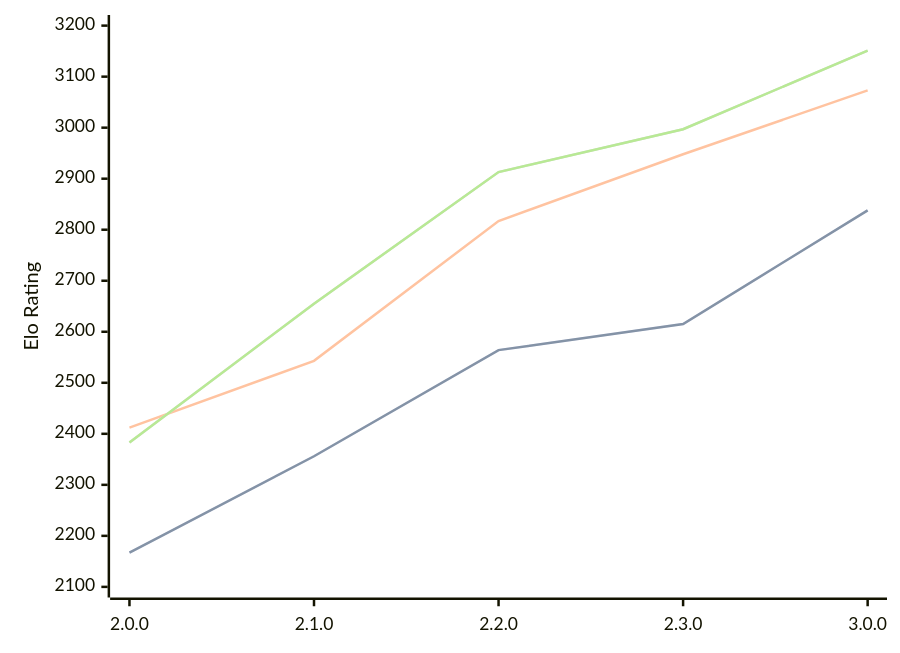
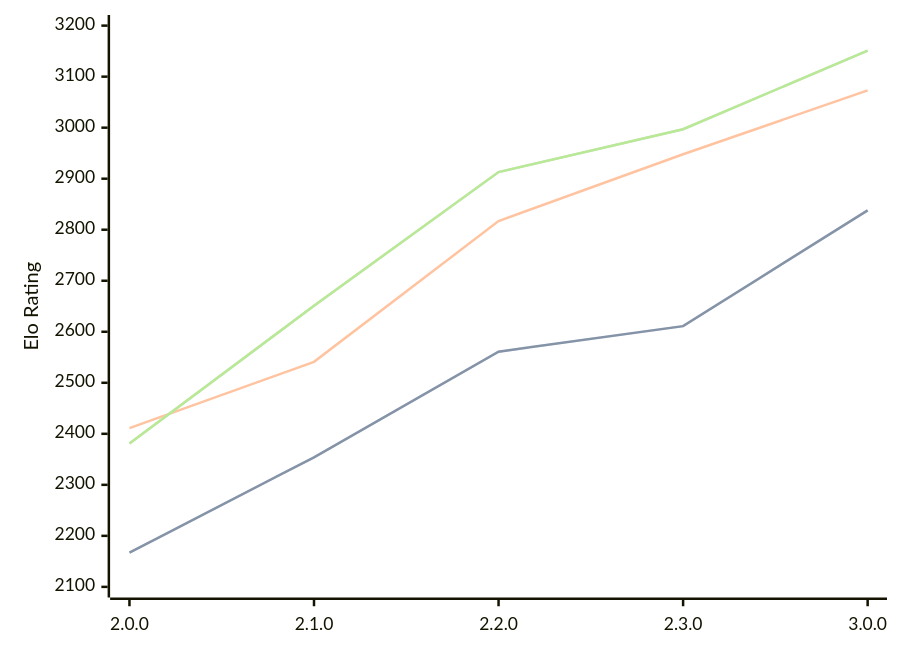
The diagram in engines/Raphael.md (computer-chess-index/cci), drawn with Mermaid before and after one commit. The commit also changed other lines of this file, not shown here.

Commit message:
Update CCI Ratings (ELO VLTC) - 2026-02-18

````diff
--- a/engines/Raphael.md
+++ b/engines/Raphael.md
@@ -44,11 +44,11 @@
 ```mermaid
 %%{init: {"theme":"base","themeVariables":{"seriesColors:['#a3a3a3','#222221','#faa371']}}}%%
 xychart-beta
   x-axis ["2.0.0", "2.1.0", "2.2.0", "2.3.0", "3.0.0"]
   y-axis "Elo Rating" 2100 --> 3200
-  line "STC (8.0+0.08s)" [2167, 2356, 2564, 2615, 2838]
-  line "STC (8.0+0.08s)" [2167, 2356, 2564, 2615, 2838]
-  line "LTC (60.0+0.60s)" [2412, 2543, 2817, 2948, 3073]
-  line "VLTC (2m24s+1.12s)" [2383, 2655, 2913, 2997, 3151]
-  line "VLTC (2m24s+1.12s)" [2383, 2655, 2913, 2997, 3151]
+  line "STC (8.0+0.08s)" [2167, 2354, 2561, 2611, 2838]
+  line "STC (8.0+0.08s)" [2167, 2354, 2561, 2611, 2838]
+  line "LTC (60.0+0.60s)" [2411, 2541, 2817, 2948, 3073]
+  line "VLTC (2m24s+1.12s)" [2381, 2651, 2913, 2997, 3151]
+  line "VLTC (2m24s+1.12s)" [2381, 2651, 2913, 2997, 3151]
 ```
````
